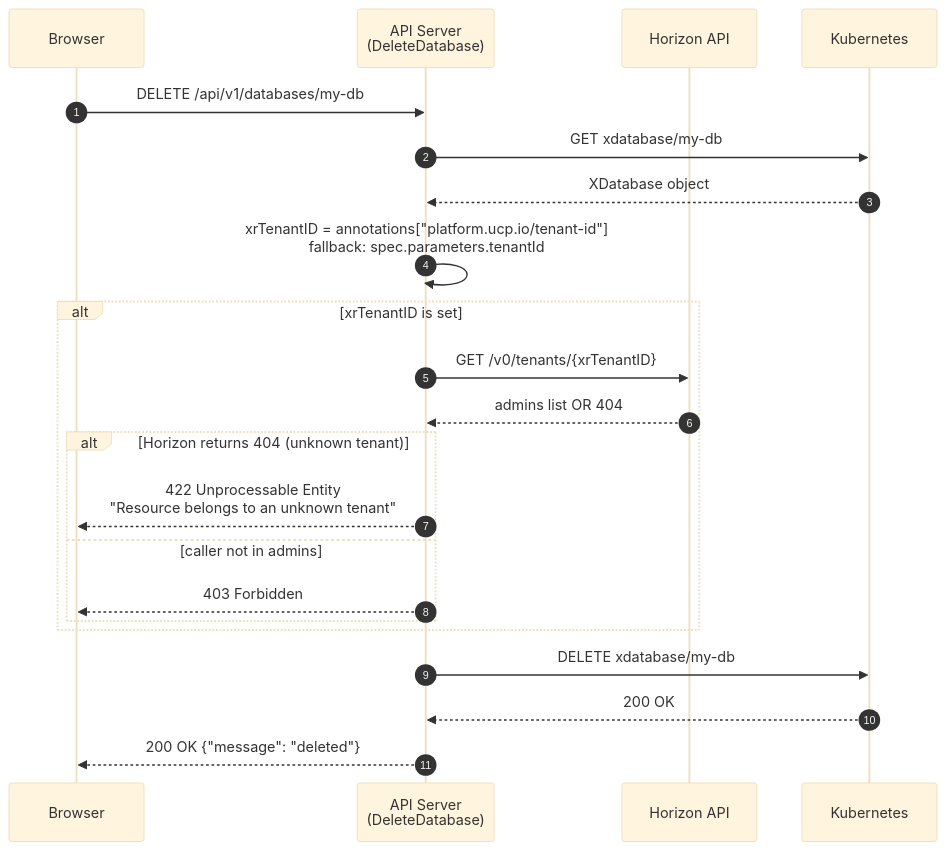
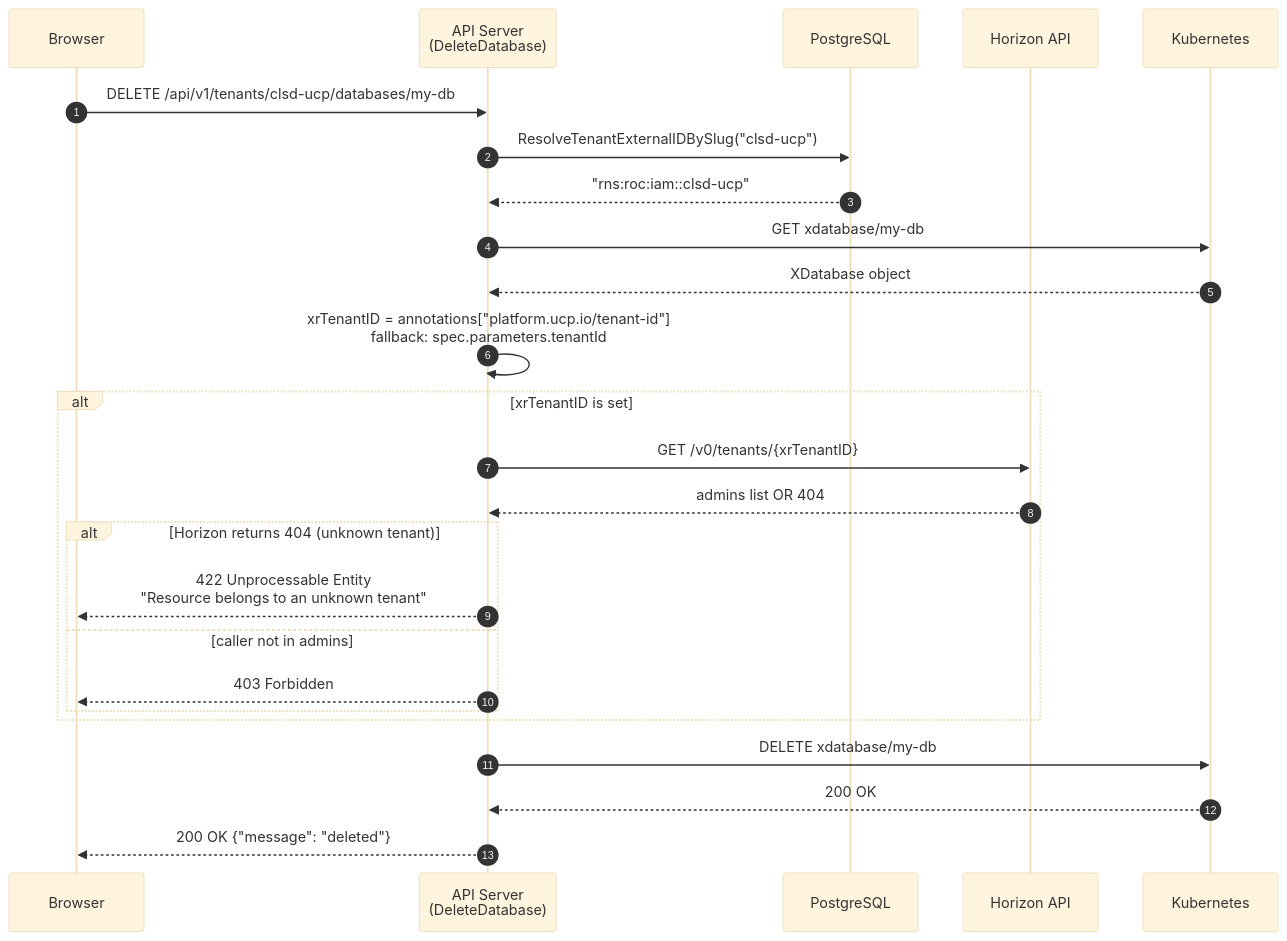
Before and after one commit to aripermana-putra/ucp-docs-collection: the third of 3 diagrams in docs/projects/universal-control-plane-ucp/pocs/tenant-isolation/implementation.md, drawn with Mermaid (base theme). The commit also changed other lines of this file and 1 other file, not shown here.

Commit message:
MCUCP-192: Update tenant isolation docs — query param for list, slug path for mutations, tenantId in responses

````diff
--- a/docs/projects/universal-control-plane-ucp/pocs/tenant-isolation/implementation.md
+++ b/docs/projects/universal-control-plane-ucp/pocs/tenant-isolation/implementation.md
@@ -149,31 +159,35 @@
 ```mermaid
 sequenceDiagram
     autonumber
 
     participant Browser
     participant Handler as API Server<br/>(DeleteDatabase)
+    participant DB as PostgreSQL
     participant Horizon as Horizon API
     participant K8s as Kubernetes
 
-    Browser->>Handler: DELETE /api/v1/databases/my-db
+    Browser->>Handler: DELETE /api/v1/tenants/clsd-ucp/databases/my-db
+
+    Handler->>DB: ResolveTenantExternalIDBySlug("clsd-ucp")
+    DB-->>Handler: "rns:roc:iam::clsd-ucp"
 
     Handler->>K8s: GET xdatabase/my-db
     K8s-->>Handler: XDatabase object
 
     Handler->>Handler: xrTenantID = annotations["platform.ucp.io/tenant-id"]<br/>fallback: spec.parameters.tenantId
 
     alt xrTenantID is set
         Handler->>Horizon: GET /v0/tenants/{xrTenantID}
         Horizon-->>Handler: admins list OR 404
 
         alt Horizon returns 404 (unknown tenant)
             Handler-->>Browser: 422 Unprocessable Entity<br/>"Resource belongs to an unknown tenant"
         else caller not in admins
             Handler-->>Browser: 403 Forbidden
         end
     end
 
     Handler->>K8s: DELETE xdatabase/my-db
     K8s-->>Handler: 200 OK
     Handler-->>Browser: 200 OK {"message": "deleted"}
 ```
````
